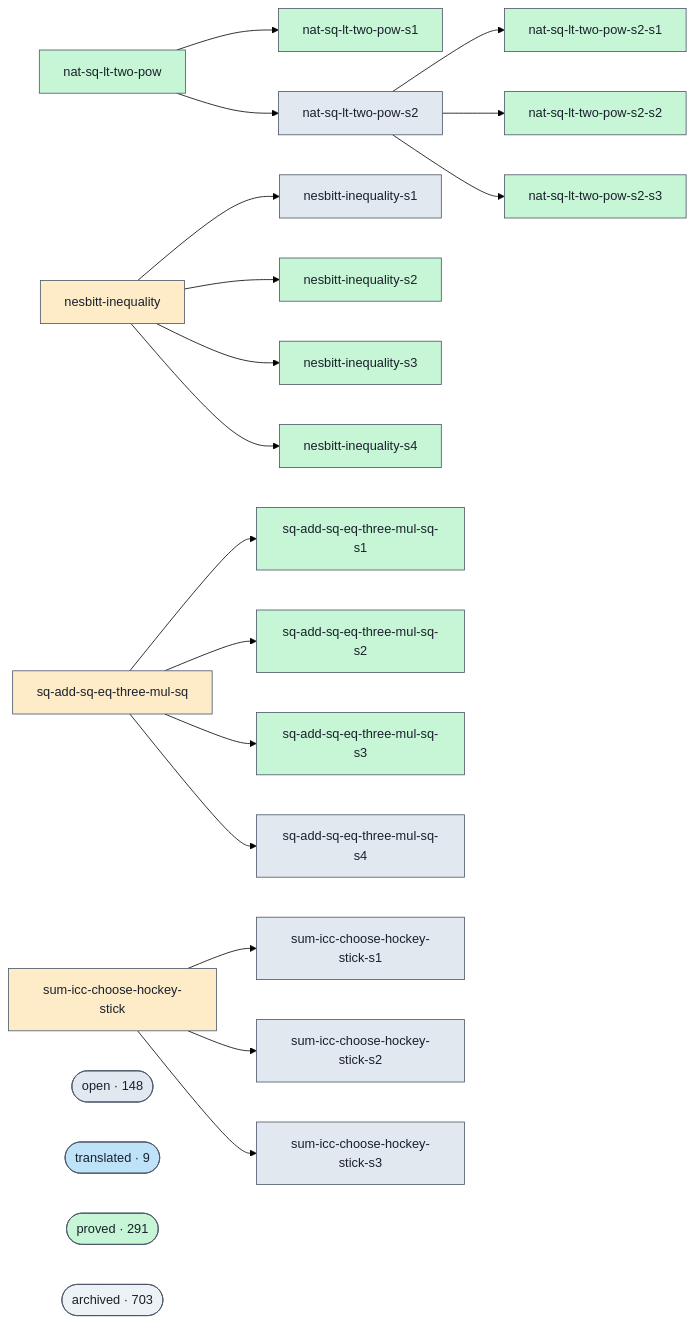
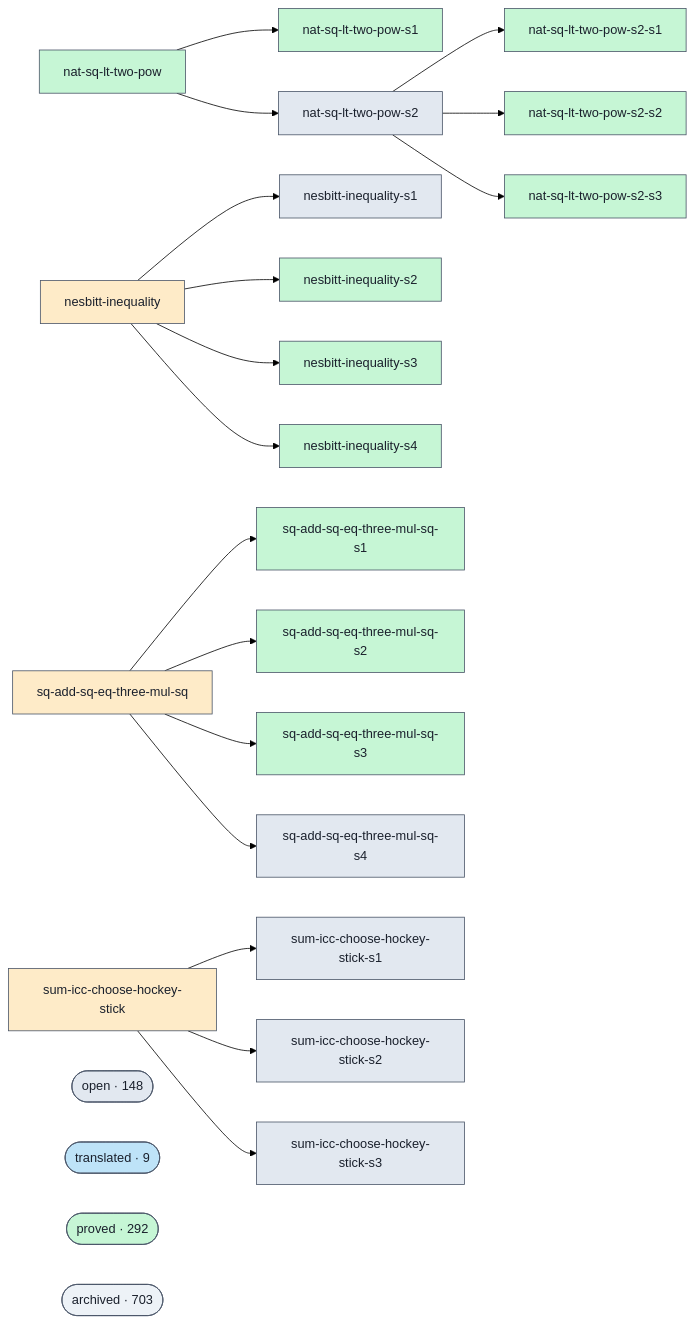
The diagram in docs/proofs-contributors-visualisation.md (ohdearquant/unsorry), drawn with Mermaid (forest theme) before and after one commit. The commit also changed other lines of this file and 2 other files, not shown here.

```diff
--- a/docs/proofs-contributors-visualisation.md
+++ b/docs/proofs-contributors-visualisation.md
@@ -102,7 +102,7 @@
   class cluster_open open;
   cluster_translated(["translated · 9"])
   class cluster_translated translated;
-  cluster_proved(["proved · 291"])
+  cluster_proved(["proved · 292"])
   class cluster_proved proved;
   cluster_archived(["archived · 703"])
   class cluster_archived unknown;
```
